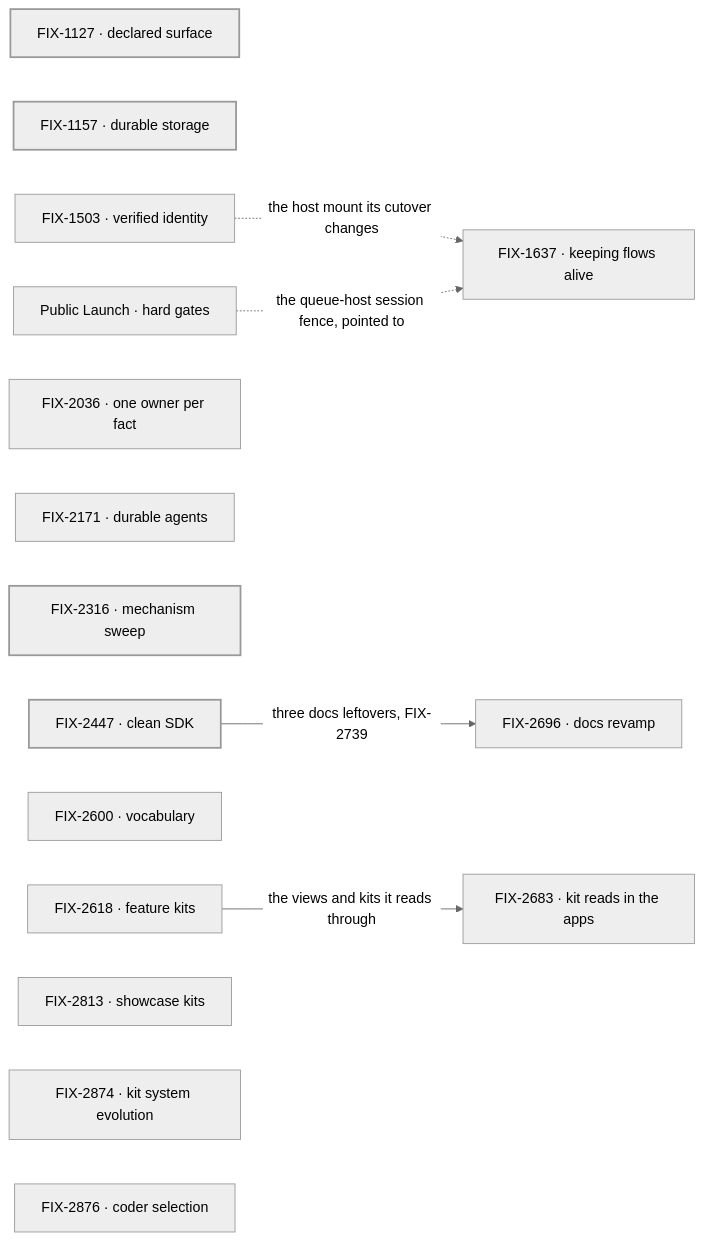
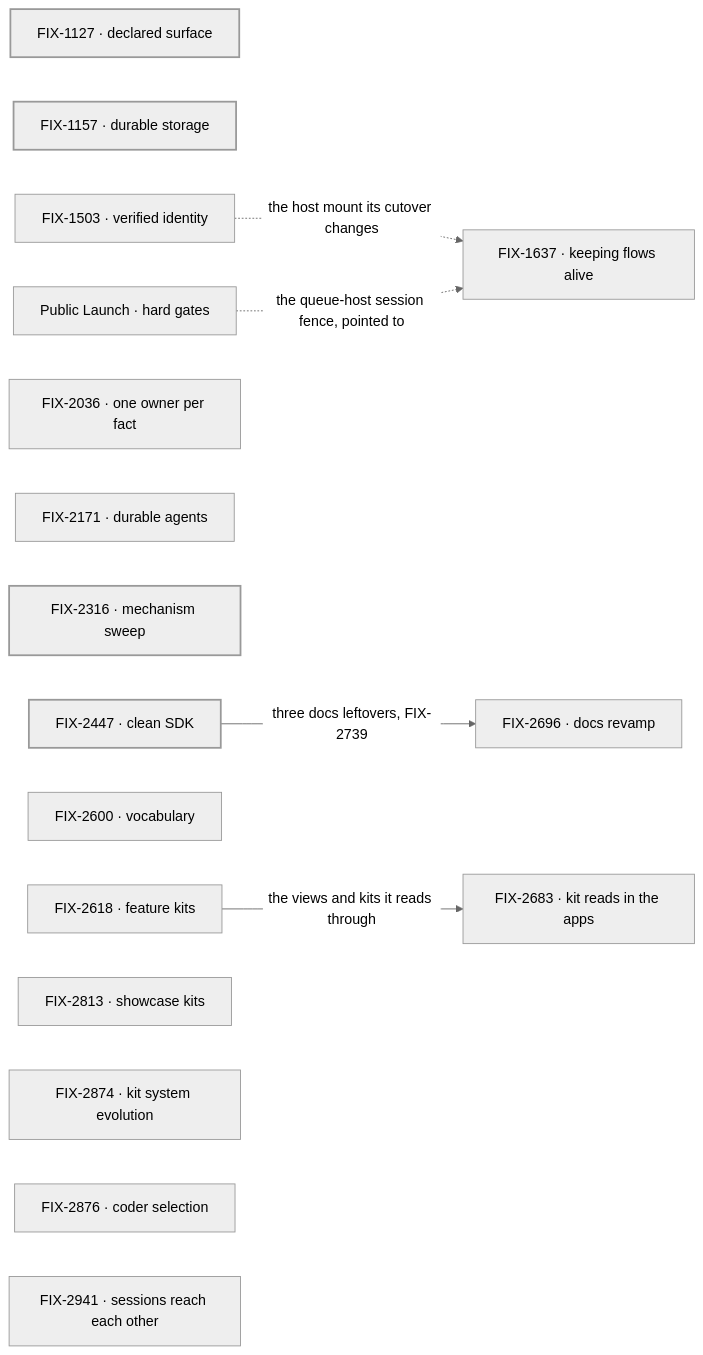
The diagram in spec/_projects/framework-simplification-and-cleanup/SPEC.md (fixpoint-labs/flow-state-dev), drawn with Mermaid (neutral theme) before and after one commit. The commit also changed other lines of this file and 2 other files, not shown here.

````diff
--- a/spec/_projects/framework-simplification-and-cleanup/SPEC.md
+++ b/spec/_projects/framework-simplification-and-cleanup/SPEC.md
@@ -57,19 +59,20 @@
 ```mermaid
 flowchart LR
   A["FIX-1127 · declared surface"]
   B["FIX-1157 · durable storage"]
   C["FIX-1503 · verified identity"] -.->|"the host mount its cutover changes"| D["FIX-1637 · keeping flows alive"]
   E["Public Launch · hard gates"] -.->|"the queue-host session fence, pointed to"| D
   F["FIX-2036 · one owner per fact"]
   G["FIX-2171 · durable agents"]
   H["FIX-2316 · mechanism sweep"]
   I["FIX-2447 · clean SDK"] -->|"three docs leftovers, FIX-2739"| M["FIX-2696 · docs revamp"]
   J["FIX-2600 · vocabulary"]
   K["FIX-2618 · feature kits"] -->|"the views and kits it reads through"| L["FIX-2683 · kit reads in the apps"]
   N["FIX-2813 · showcase kits"]
   O["FIX-2874 · kit system evolution"]
   P["FIX-2876 · coder selection"]
+  Q["FIX-2941 · sessions reach each other"]
   classDef done stroke-width:2px
   classDef proposed stroke-dasharray:4 3
   class A,B,H,I done
 ```
````
